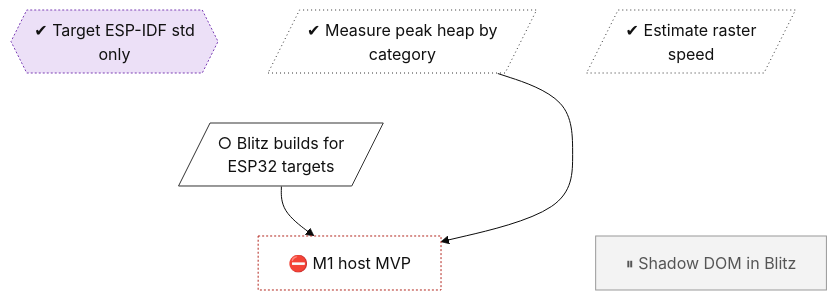
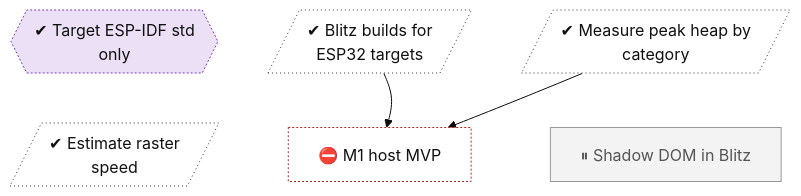
One commit to lhns/embedded-browser changed the diagram in docs/roadmap/tracks/eng.md. Above: the diagram before and after it, drawn with Mermaid (base theme). The commit also changed other lines of this file and 31 other files, not shown here.

First line of the commit message:
M0: Blitz cross-builds for ESP32-P4 (and S3 compile-only), size gate (#4)

````diff
--- a/docs/roadmap/tracks/eng.md
+++ b/docs/roadmap/tracks/eng.md
@@ -10,35 +10,32 @@
 ```mermaid
 flowchart TB
     eng_std_only_esp_idf{{"✔ Target ESP-IDF std<br/>only"}}
+    eng_blitz_builds_esp[/"✔ Blitz builds for<br/>ESP32 targets"/]
     eng_peak_heap[/"✔ Measure peak heap by<br/>category"/]
     eng_raster_estimate[/"✔ Estimate raster<br/>speed"/]
-    eng_blitz_builds_esp[/"○ Blitz builds for<br/>ESP32 targets"/]
     eng_m1_host_mvp["⛔ M1 host MVP"]
     eng_shadow_dom_upstream["⏸ Shadow DOM in Blitz"]
-    eng_std_only_esp_idf ~~~ eng_blitz_builds_esp
-    eng_peak_heap ~~~ eng_blitz_builds_esp
-    eng_raster_estimate ~~~ eng_blitz_builds_esp
+    eng_std_only_esp_idf ~~~ eng_raster_estimate
     eng_blitz_builds_esp ~~~ eng_m1_host_mvp
-    eng_blitz_builds_esp ~~~ eng_shadow_dom_upstream
+    eng_peak_heap ~~~ eng_shadow_dom_upstream
     eng_blitz_builds_esp --> eng_m1_host_mvp
     eng_peak_heap --> eng_m1_host_mvp
     classDef vsucc fill:#2e9e4f,stroke:#1b6b34,color:#fff
     classDef succ fill:#bfe8c8,stroke:#2e9e4f,color:#111
     classDef mixed fill:#ffd37a,stroke:#c98a00,color:#111
     classDef bad fill:#f28b82,stroke:#b3261e,color:#111
     classDef dead fill:#e6e6e6,stroke:#777,stroke-dasharray:5 5,color:#555
     classDef inprog fill:#a8cdf5,stroke:#1f6fc5,color:#111
     classDef next fill:#fff,stroke:#333,color:#111
     classDef blocked fill:#fff,stroke:#b3261e,stroke-dasharray:2 2,color:#111
     classDef parked fill:#f3f3f3,stroke:#999,color:#555
     classDef unrated fill:#fff,stroke:#333,stroke-dasharray:1 3,color:#111
     classDef gate fill:#d9c2f0,stroke:#7b3fb5,color:#111
     classDef decided fill:#ece0f7,stroke:#7b3fb5,stroke-dasharray:2 2,color:#111
     classDef finding fill:#ffe0b2,stroke:#d84315,stroke-width:2px,color:#111
     classDef waiting fill:#e3f2fd,stroke:#1f6fc5,stroke-dasharray:5 5,color:#111
     class eng_std_only_esp_idf decided
-    class eng_peak_heap,eng_raster_estimate unrated
-    class eng_blitz_builds_esp next
+    class eng_blitz_builds_esp,eng_peak_heap,eng_raster_estimate unrated
     class eng_m1_host_mvp blocked
     class eng_shadow_dom_upstream parked
 ```
````
